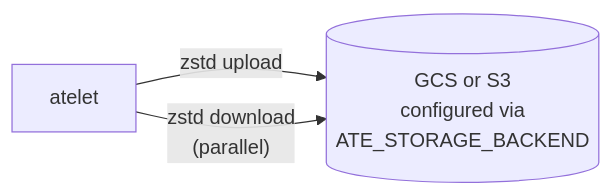
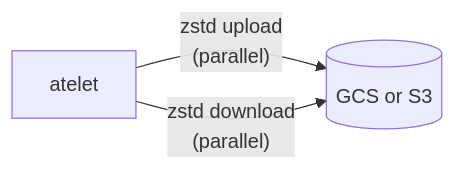
One commit to christian-posta/substrate changed the second of 2 diagrams in atlas/src/content/docs/components/storage.mdx. Above: the diagram before and after it, drawn with Mermaid. The commit also changed other lines of this file and 28 other files, not shown here.

````diff
--- a/atlas/src/content/docs/components/storage.mdx
+++ b/atlas/src/content/docs/components/storage.mdx
@@ -53,7 +78,7 @@
 ```mermaid
 flowchart LR
-  AT[atelet] -- zstd upload --> G[("GCS or S3<br/>configured via<br/>ATE_STORAGE_BACKEND")]
+  AT[atelet] -- zstd upload<br/>(parallel) --> G[("GCS or S3")]
   AT -- zstd download<br/>(parallel) --> G
 
   click AT "/components/atelet/" "atelet"
 ```
````
